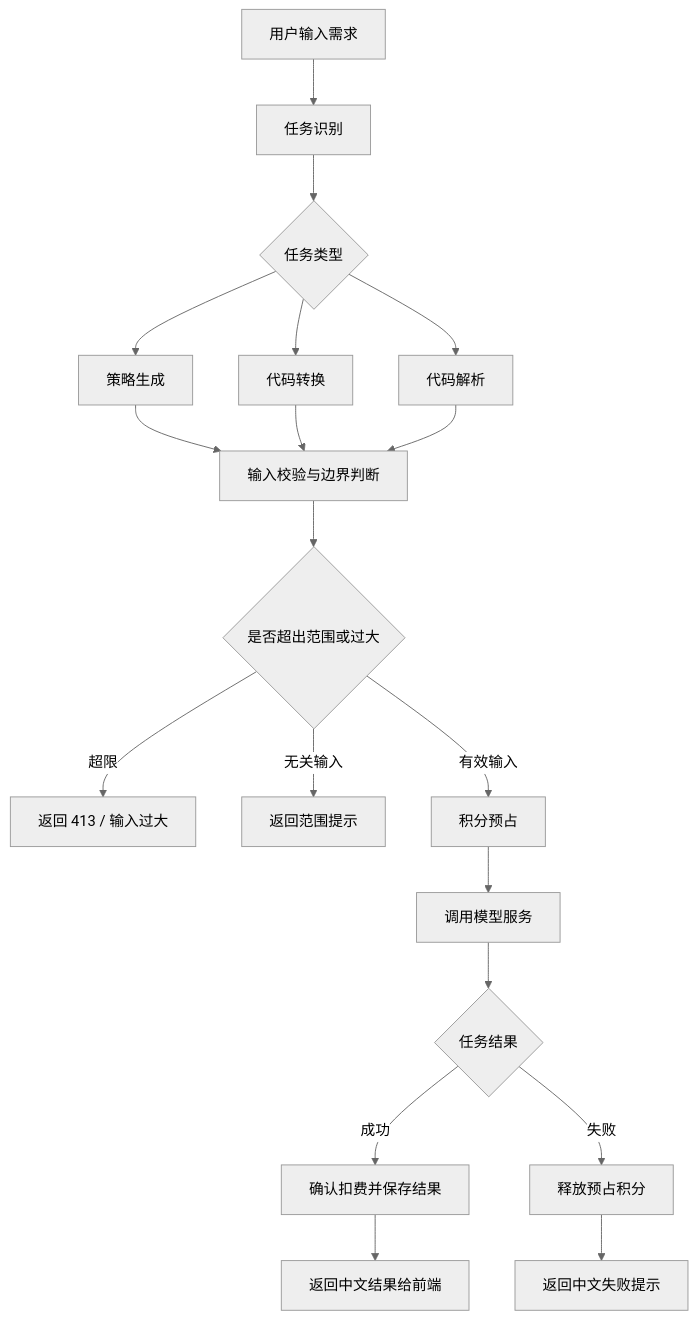
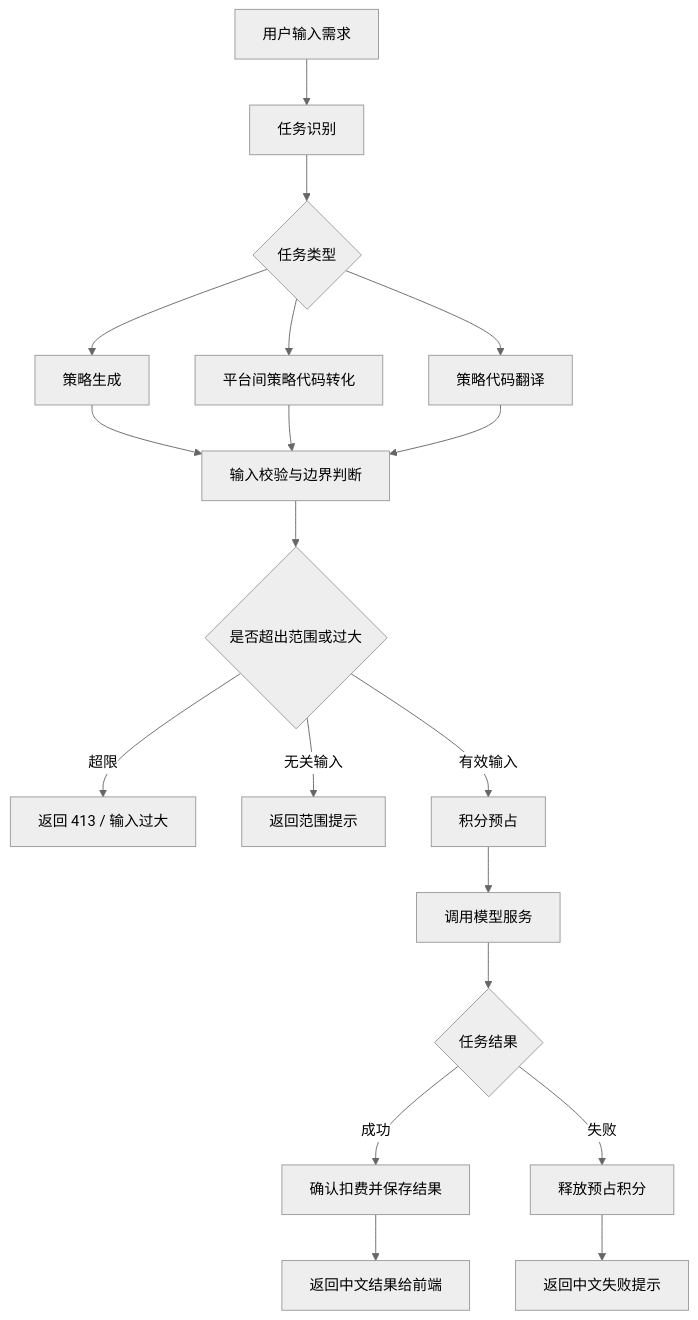
One commit to Seann77/lightquant-public changed the diagram in README.md. Above: the diagram before and after it, drawn with Mermaid (neutral theme). The commit also changed other lines of this file and 5 other files, not shown here.

Commit message:
docs: 更新公开介绍与产品截图

````diff
--- a/README.md
+++ b/README.md
@@ -41,21 +43,21 @@
 ```mermaid
 flowchart TD
   A["用户输入需求"] --> B["任务识别"]
   B --> C{"任务类型"}
   C --> D["策略生成"]
-  C --> E["代码转换"]
-  C --> F["代码解析"]
+  C --> E["平台间策略代码转化"]
+  C --> F["策略代码翻译"]
   D --> G["输入校验与边界判断"]
   E --> G
   F --> G
   G --> H{"是否超出范围或过大"}
   H -->|超限| I["返回 413 / 输入过大"]
   H -->|无关输入| J["返回范围提示"]
   H -->|有效输入| K["积分预占"]
   K --> L["调用模型服务"]
   L --> M{"任务结果"}
   M -->|成功| N["确认扣费并保存结果"]
   M -->|失败| O["释放预占积分"]
   N --> P["返回中文结果给前端"]
   O --> Q["返回中文失败提示"]
 ```
````
